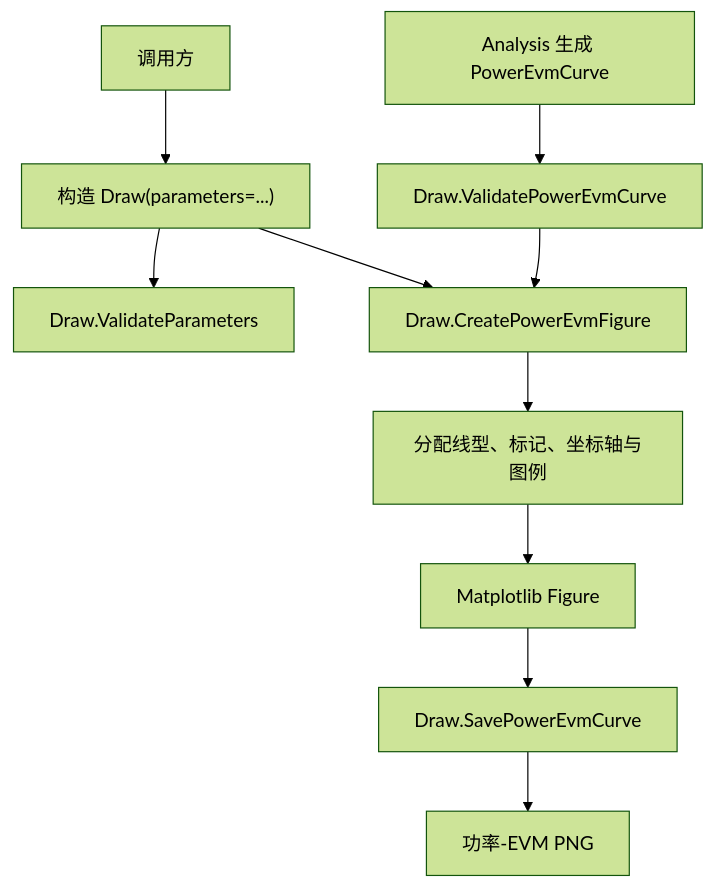
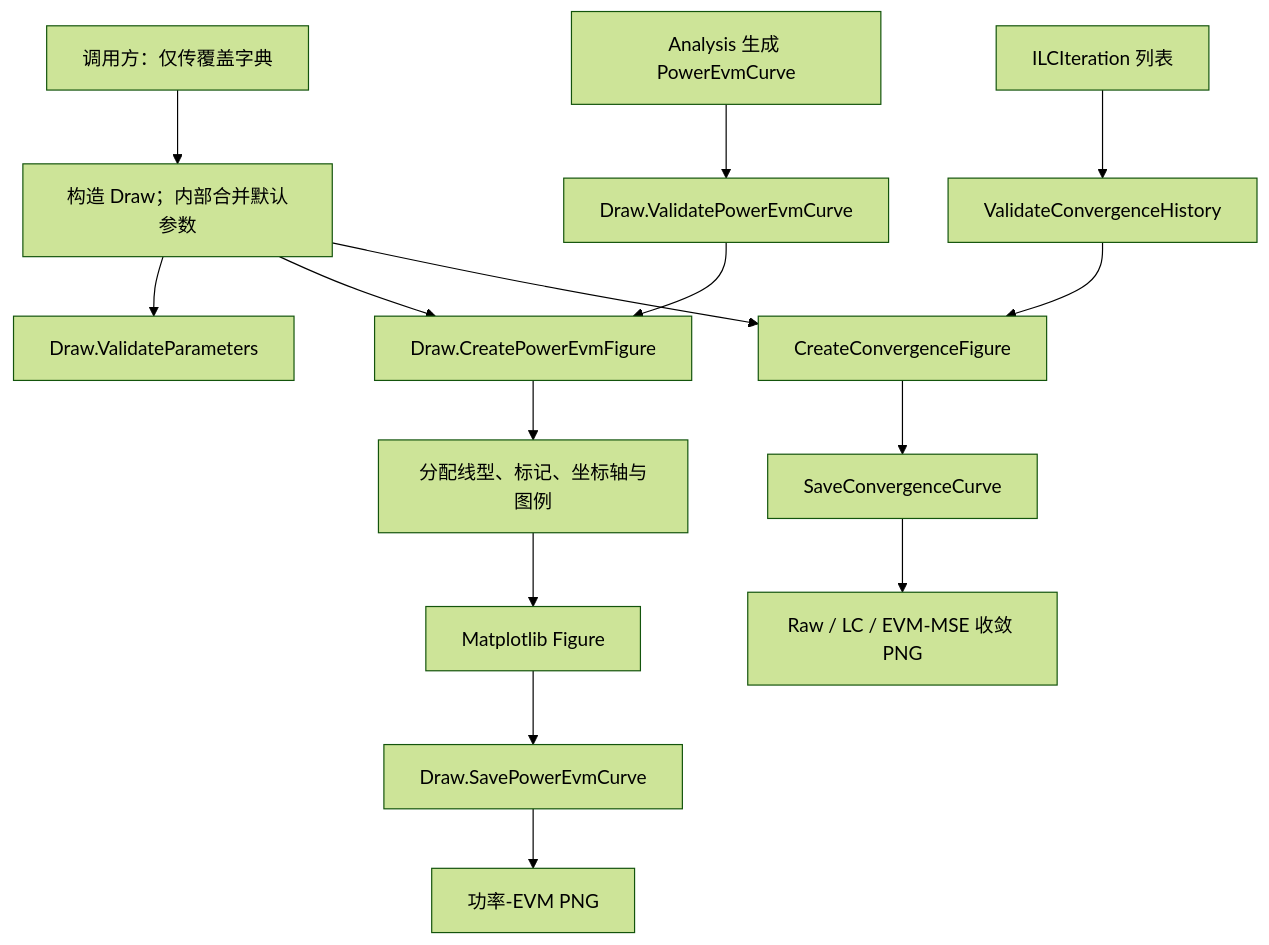
The tenth of 12 diagrams in README.md (niyilu45/DPD_ILC), drawn with Mermaid (forest theme) before and after one commit. The commit also changed other lines of this file and 18 other files, not shown here.

````diff
--- a/README.md
+++ b/README.md
@@ -313,12 +409,17 @@
 ```mermaid
 flowchart TD
-    caller["调用方"] --> draw["构造 Draw(parameters=...)"]
+    caller["调用方：仅传覆盖字典"] --> draw["构造 Draw；内部合并默认参数"]
     draw --> validate["Draw.ValidateParameters"]
     curve["Analysis 生成 PowerEvmCurve"] --> curveValidate["Draw.ValidatePowerEvmCurve"]
     draw --> create["Draw.CreatePowerEvmFigure"]
     curveValidate --> create
     create --> styles["分配线型、标记、坐标轴与图例"]
     styles --> figure["Matplotlib Figure"]
     figure --> save["Draw.SavePowerEvmCurve"]
     save --> png["功率-EVM PNG"]
+    history["ILCIteration 列表"] --> historyValidate["ValidateConvergenceHistory"]
+    historyValidate --> historyCreate["CreateConvergenceFigure"]
+    draw --> historyCreate
+    historyCreate --> historySave["SaveConvergenceCurve"]
+    historySave --> historyPng["Raw / LC / EVM-MSE 收敛 PNG"]
 ```
````
